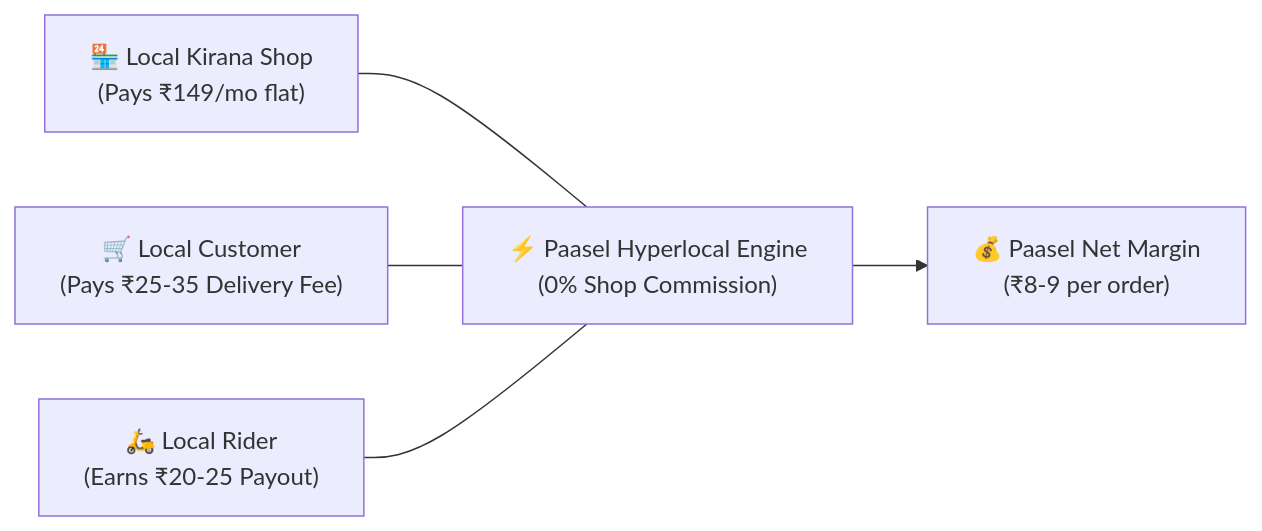
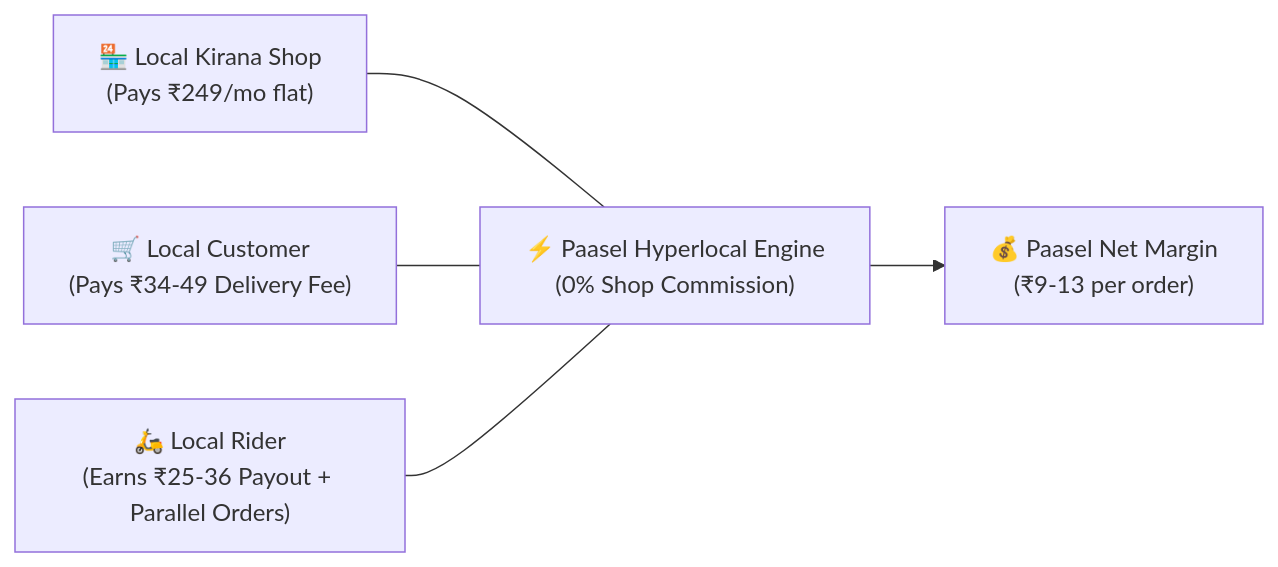
Before and after one commit to amangovindrao/passel: the second of 7 diagrams in INVESTOR_PITCH_DECK.md, drawn with Mermaid. The commit also changed other lines of this file and 1 other file, not shown here.

Commit message:
docs: update business model with ₹249 shop fee, tiered delivery fees & parallel batching

````diff
--- a/INVESTOR_PITCH_DECK.md
+++ b/INVESTOR_PITCH_DECK.md
@@ -37,7 +37,7 @@
 ```mermaid
 graph LR
-    Shop["🏪 Local Kirana Shop<br/>(Pays ₹149/mo flat)"] --- Platform["⚡ Paasel Hyperlocal Engine<br/>(0% Shop Commission)"]
-    Customer["🛒 Local Customer<br/>(Pays ₹25-35 Delivery Fee)"] --- Platform
-    Rider["🛵 Local Rider<br/>(Earns ₹20-25 Payout)"] --- Platform
-    Platform --> Profit["💰 Paasel Net Margin<br/>(₹8-9 per order)"]
+    Shop["🏪 Local Kirana Shop<br/>(Pays ₹249/mo flat)"] --- Platform["⚡ Paasel Hyperlocal Engine<br/>(0% Shop Commission)"]
+    Customer["🛒 Local Customer<br/>(Pays ₹34-49 Delivery Fee)"] --- Platform
+    Rider["🛵 Local Rider<br/>(Earns ₹25-36 Payout + Parallel Orders)"] --- Platform
+    Platform --> Profit["💰 Paasel Net Margin<br/>(₹9-13 per order)"]
 ```
````
